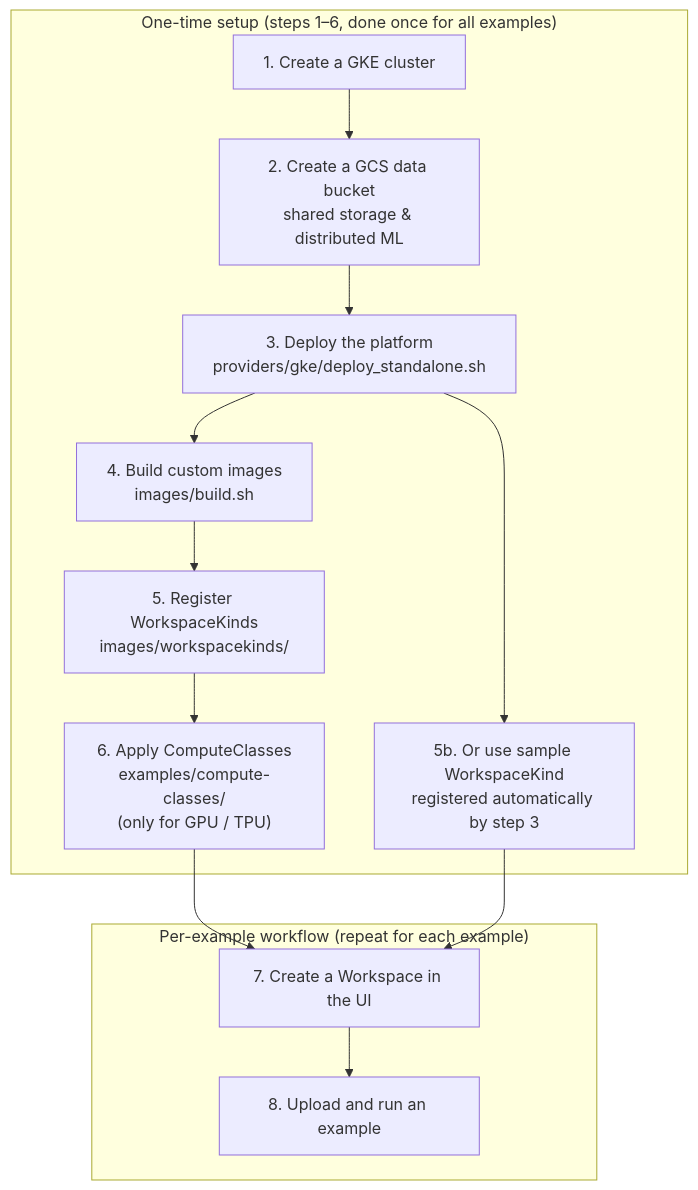
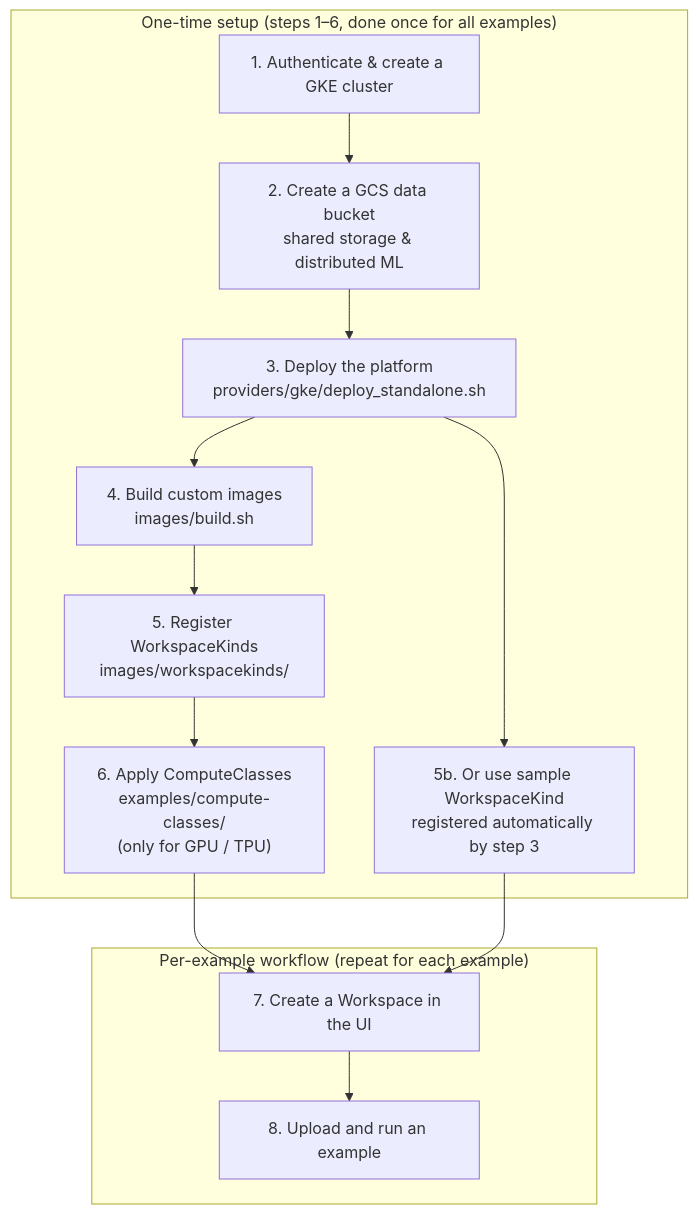
The diagram in examples/README.md (gke-labs/workspaces), drawn with Mermaid before and after one commit. The commit also changed other lines of this file and 4 other files, not shown here.

````diff
--- a/examples/README.md
+++ b/examples/README.md
@@ -38,16 +38,16 @@
 ```mermaid
 flowchart TD
     subgraph S1["One-time setup (steps 1–6, done once for all examples)"]
-        A["1. Create a GKE cluster"] --> B["2. Create a GCS data bucket<br/>shared storage & distributed ML"]
+        A["1. Authenticate & create a GKE cluster"] --> B["2. Create a GCS data bucket<br/>shared storage & distributed ML"]
         B --> C["3. Deploy the platform<br/>providers/gke/deploy_standalone.sh"]
         C --> D["4. Build custom images<br/>images/build.sh"]
         D --> E["5. Register WorkspaceKinds<br/>images/workspacekinds/"]
         C --> F["5b. Or use sample WorkspaceKind<br/>registered automatically by step 3"]
         E --> G["6. Apply ComputeClasses<br/>examples/compute-classes/<br/>(only for GPU / TPU)"]
     end
     subgraph S2["Per-example workflow (repeat for each example)"]
         H["7. Create a Workspace in the UI"] --> I["8. Upload and run an example"]
     end
     G --> H
     F --> H
 ```
````
